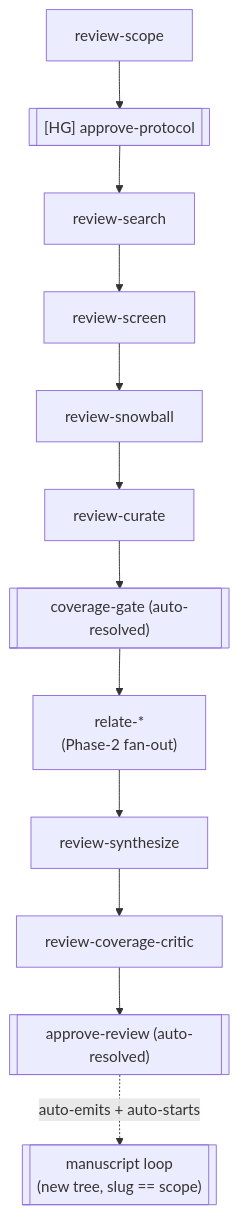
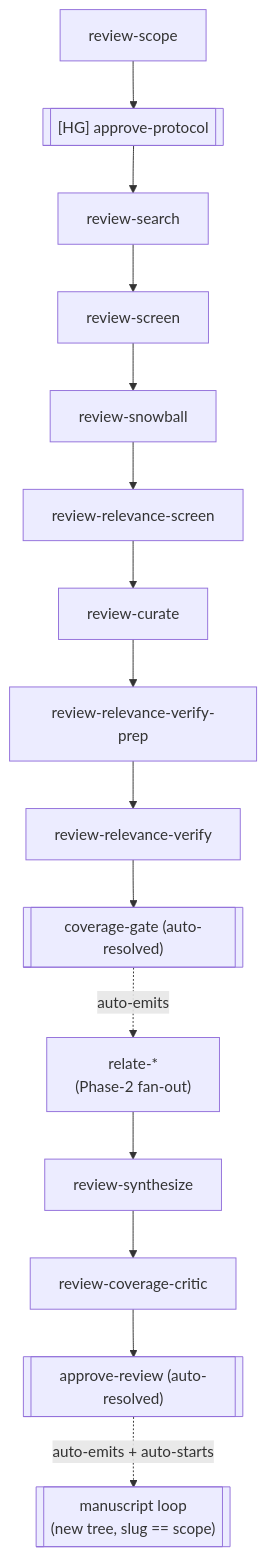
One commit to phoongkhangzhie/research-vault changed the first of 3 diagrams in README.md. Above: the diagram before and after it, drawn with Mermaid. The commit also changed other lines of this file and 10 other files, not shown here.

````diff
--- a/README.md
+++ b/README.md
@@ -156,11 +161,13 @@
 ```mermaid
 flowchart TD
     scope[review-scope] --> HG1[["[HG] approve-protocol"]]
     HG1 --> search[review-search] --> screen[review-screen] --> snowball[review-snowball]
-    snowball --> curate[review-curate]
-    curate --> GATE2[["coverage-gate (auto-resolved)"]]
-    GATE2 --> relate["relate-*\n(Phase-2 fan-out)"]
+    snowball --> relscreen[review-relevance-screen]
+    relscreen --> curate[review-curate]
+    curate --> relprep[review-relevance-verify-prep] --> relverify[review-relevance-verify]
+    relverify --> GATE2[["coverage-gate (auto-resolved)"]]
+    GATE2 -. "auto-emits" .-> relate["relate-*\n(Phase-2 fan-out)"]
     relate --> synthesize[review-synthesize] --> critic[review-coverage-critic]
     critic --> GATE3[["approve-review (auto-resolved)"]]
     GATE3 -. "auto-emits + auto-starts" .-> MS[["manuscript loop\n(new tree, slug == scope)"]]
 ```
````
